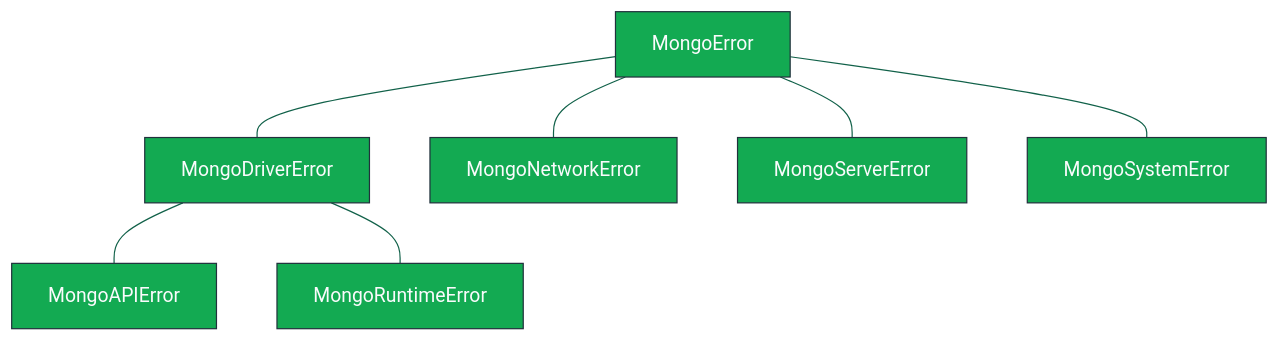
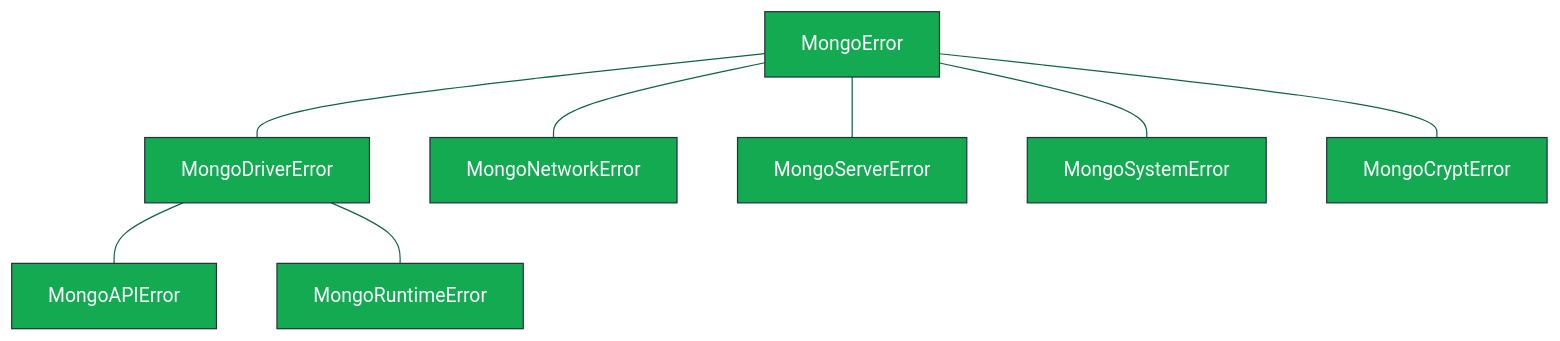
Before and after one commit to mongodb/node-mongodb-native: the diagram in etc/notes/errors.md, drawn with Mermaid. The commit also changed other lines of this file and 11 other files, not shown here.

Commit message:
feat(NODE-5484)!: mark MongoError for internal use and remove Node14 cause assignment logic (#3800)

````diff
--- a/etc/notes/errors.md
+++ b/etc/notes/errors.md
@@ -43,24 +44,14 @@
 ```mermaid
+
 graph TD
-    MongoError --- MongoDriverError
-    MongoError --- MongoNetworkError
-    MongoError --- MongoServerError
-    MongoError --- MongoSystemError
-    MongoDriverError --- MongoAPIError
-    MongoDriverError --- MongoRuntimeError
+    MongoError:::node --- MongoDriverError
+    MongoError:::node --- MongoNetworkError
+    MongoError:::node --- MongoServerError
+    MongoError:::node --- MongoSystemError
+    MongoError:::node --- MongoCryptError
+    MongoDriverError:::node --- MongoAPIError
+    MongoDriverError:::node --- MongoRuntimeError
 
-linkStyle 0 stroke:#116149
-linkStyle 1 stroke:#116149
-linkStyle 2 stroke:#116149
-linkStyle 3 stroke:#116149
-linkStyle 4 stroke:#116149
-linkStyle 5 stroke:#116149
-
-style MongoError fill:#13aa52,stroke:#21313c,color:#FAFBFC
-style MongoSystemError fill:#13aa52,stroke:#21313c,color:#FAFBFC
-style MongoNetworkError fill:#13aa52,stroke:#21313c,color:#FAFBFC
-style MongoServerError fill:#13aa52,stroke:#21313c,color:#FAFBFC
-style MongoDriverError fill:#13aa52,stroke:#21313c,color:#FAFBFC
-style MongoAPIError fill:#13aa52,stroke:#21313c,color:#FAFBFC
-style MongoRuntimeError fill:#13aa52,stroke:#21313c,color:#FAFBFC
+linkStyle 0,1,2,3,4,5,6 stroke:#116149
+classDef node fill:#13aa52,stroke:#21313c,color:#FAFBFC
 ```
````
